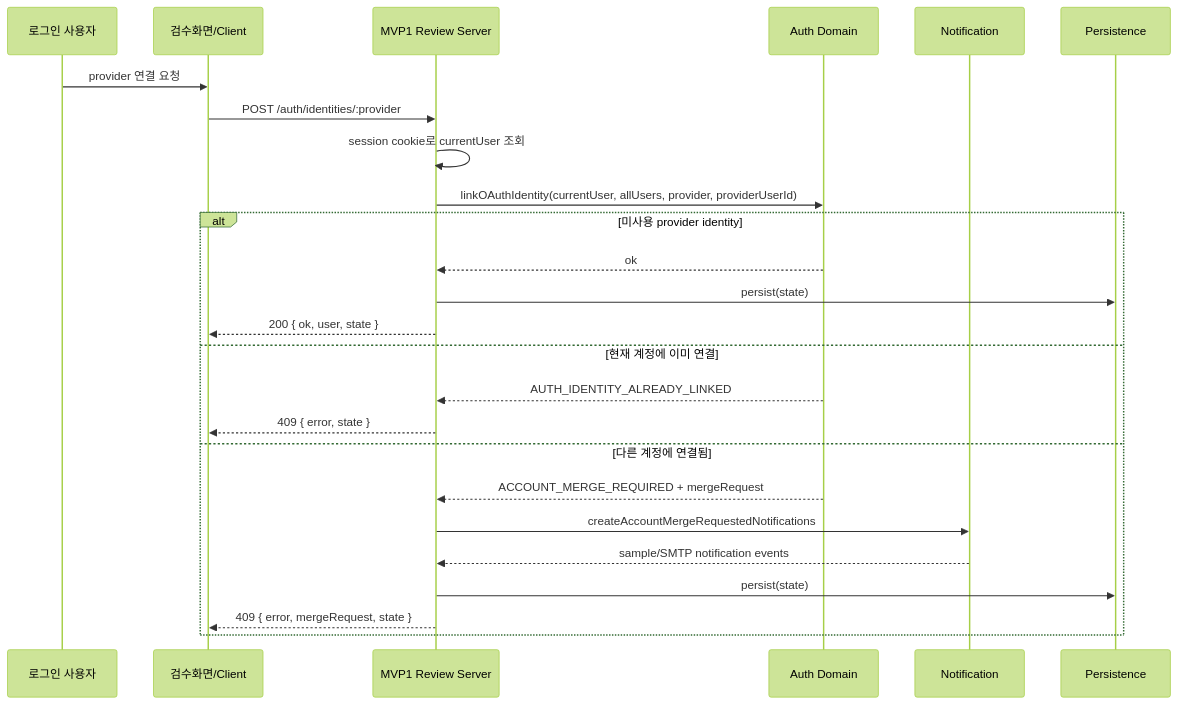
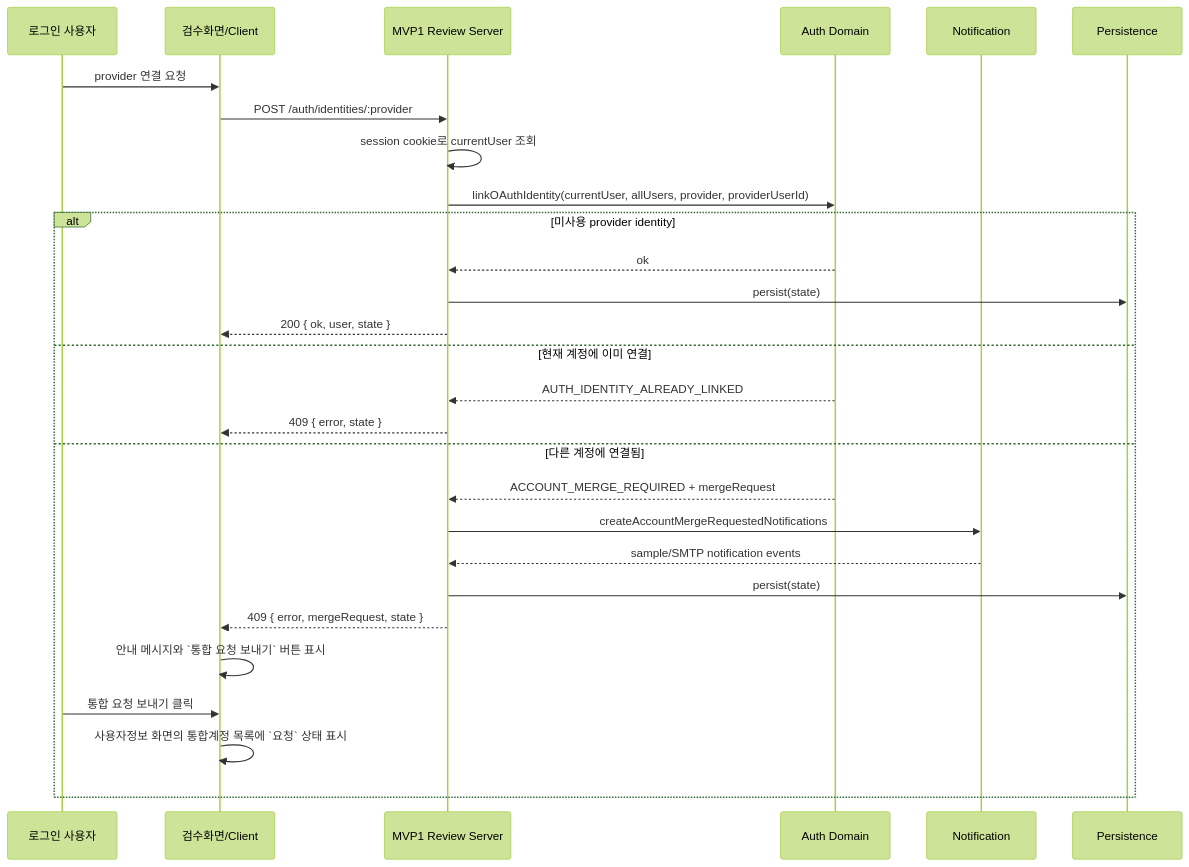
The fifth of 7 diagrams in docs/00_산출물/01_프로젝트산출물/mvp1중간점검/02_시퀀스다이어그램.md (jkoogit/PDFowers), drawn with Mermaid (forest theme) before and after one commit. The commit also changed other lines of this file and 19 other files, not shown here.

````diff
--- a/docs/00_산출물/01_프로젝트산출물/mvp1중간점검/02_시퀀스다이어그램.md
+++ b/docs/00_산출물/01_프로젝트산출물/mvp1중간점검/02_시퀀스다이어그램.md
@@ -86,28 +121,31 @@
 ```mermaid
 sequenceDiagram
     participant U as 로그인 사용자
     participant R as 검수화면/Client
     participant S as MVP1 Review Server
     participant D as Auth Domain
     participant N as Notification
     participant P as Persistence
 
     U->>R: provider 연결 요청
     R->>S: POST /auth/identities/:provider
     S->>S: session cookie로 currentUser 조회
     S->>D: linkOAuthIdentity(currentUser, allUsers, provider, providerUserId)
     alt 미사용 provider identity
         D-->>S: ok
         S->>P: persist(state)
         S-->>R: 200 { ok, user, state }
     else 현재 계정에 이미 연결
         D-->>S: AUTH_IDENTITY_ALREADY_LINKED
         S-->>R: 409 { error, state }
     else 다른 계정에 연결됨
         D-->>S: ACCOUNT_MERGE_REQUIRED + mergeRequest
         S->>N: createAccountMergeRequestedNotifications
         N-->>S: sample/SMTP notification events
         S->>P: persist(state)
         S-->>R: 409 { error, mergeRequest, state }
+        R->>R: 안내 메시지와 `통합 요청 보내기` 버튼 표시
+        U->>R: 통합 요청 보내기 클릭
+        R->>R: 사용자정보 화면의 통합계정 목록에 `요청` 상태 표시
     end
 ```
````
